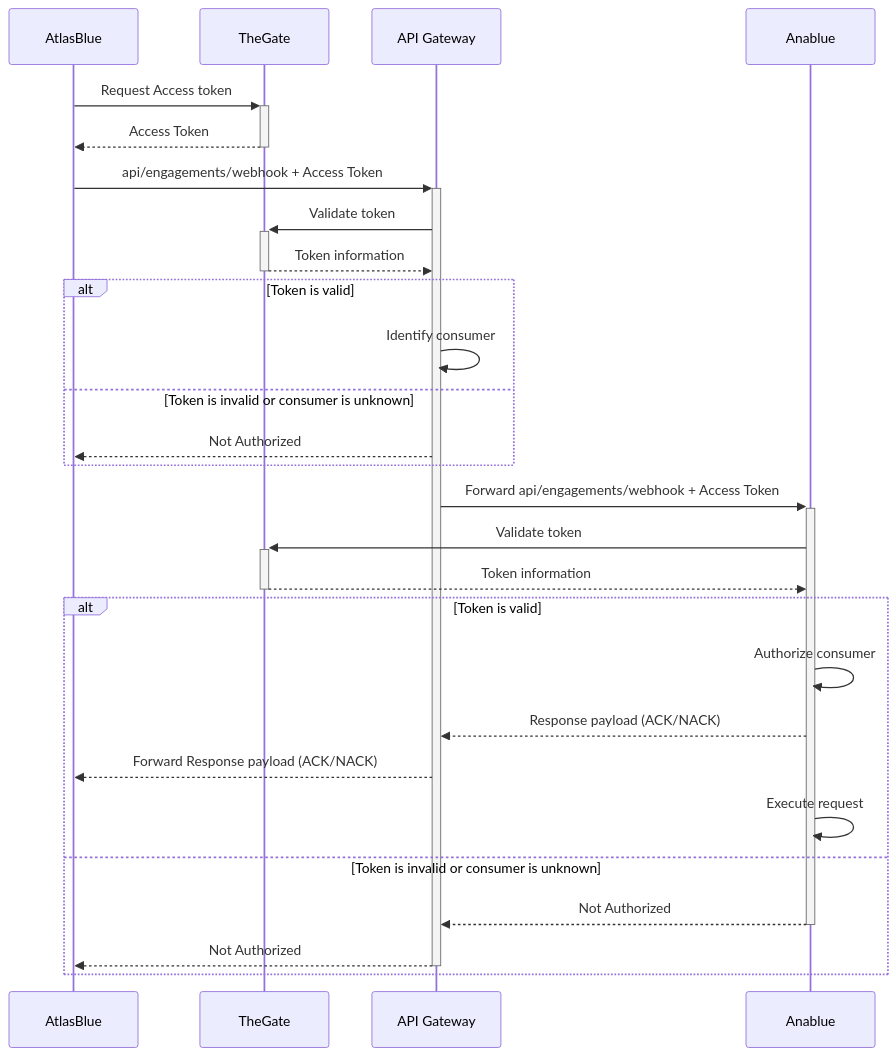
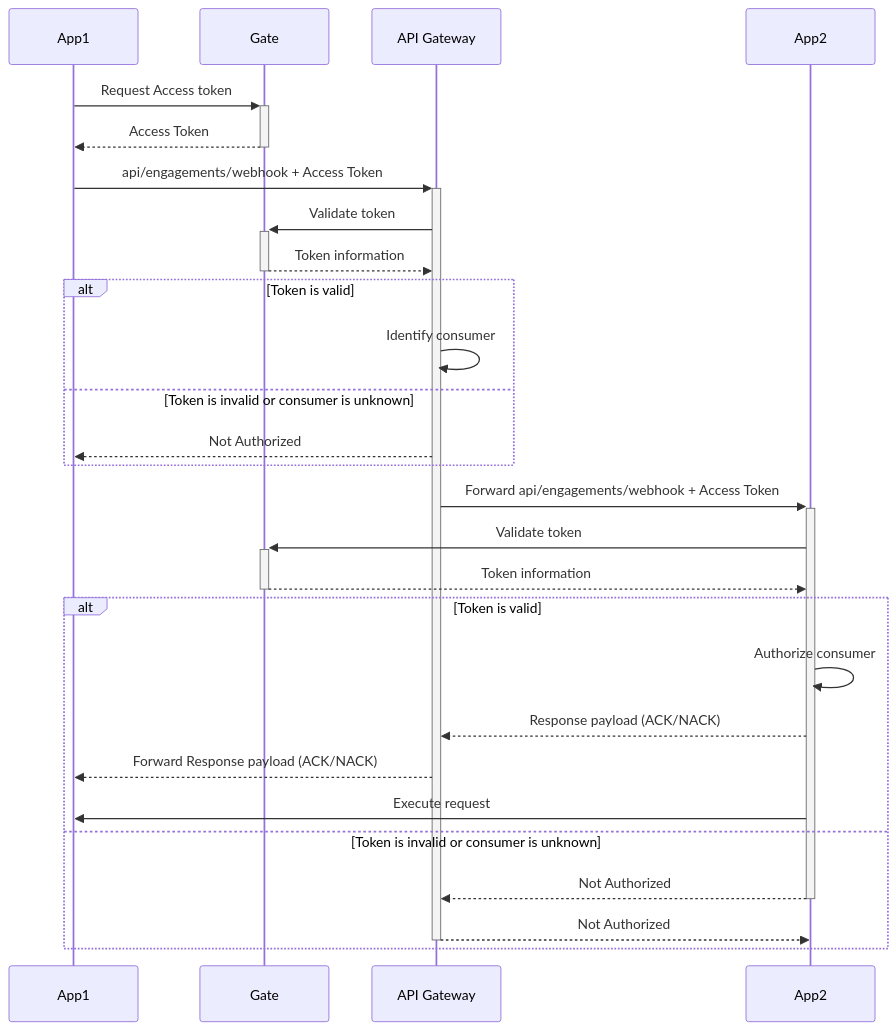
Before and after one commit to malganis35/these-cao-tri-do: the third of 6 diagrams in docs/sphinx_quickstart/mermaid_syntax_demo.rst, drawn with Mermaid. The commit also changed other lines of this file and 5 other files, not shown here.

```diff
--- a/docs/sphinx_quickstart/mermaid_syntax_demo.rst
+++ b/docs/sphinx_quickstart/mermaid_syntax_demo.rst
@@ -67,26 +67,26 @@
   .. mermaid::
 
     sequenceDiagram
 
-      AtlasBlue ->>+ TheGate: Request Access token
-      TheGate -->>- AtlasBlue: Access Token
-      AtlasBlue ->>+ API Gateway: api/engagements/webhook + Access Token
-      API Gateway ->>+ TheGate: Validate token
-      TheGate -->>- API Gateway: Token information
+      App1 ->>+ Gate: Request Access token
+      Gate -->>- App1: Access Token
+      App1 ->>+ API Gateway: api/engagements/webhook + Access Token
+      API Gateway ->>+ Gate: Validate token
+      Gate -->>- API Gateway: Token information
       alt Token is valid
           API Gateway->> API Gateway: Identify consumer
       else Token is invalid or consumer is unknown
-          API Gateway-->> AtlasBlue: Not Authorized
+          API Gateway-->> App1: Not Authorized
       end
-      API Gateway->>+ Anablue: Forward api/engagements/webhook + Access Token
-      Anablue ->>+ TheGate: Validate token
-      TheGate -->>- Anablue: Token information
+      API Gateway->>+ App2: Forward api/engagements/webhook + Access Token
+      App2 ->>+ Gate: Validate token
+      Gate -->>- App2: Token information
       alt Token is valid
-          Anablue ->> Anablue: Authorize consumer
-          Anablue -->> API Gateway: Response payload (ACK/NACK)
-          API Gateway-->> AtlasBlue: Forward Response payload (ACK/NACK)
-          Anablue ->> Anablue: Execute request
+          App2 ->> App2: Authorize consumer
+          App2 -->> API Gateway: Response payload (ACK/NACK)
+          API Gateway-->> App1: Forward Response payload (ACK/NACK)
+          App2 ->> App1: Execute request
       else Token is invalid or consumer is unknown
-          Anablue -->>- API Gateway: Not Authorized
-          API Gateway-->>- AtlasBlue: Not Authorized
+          App2 -->>- API Gateway: Not Authorized
+          API Gateway-->>- App2: Not Authorized
       end
```
